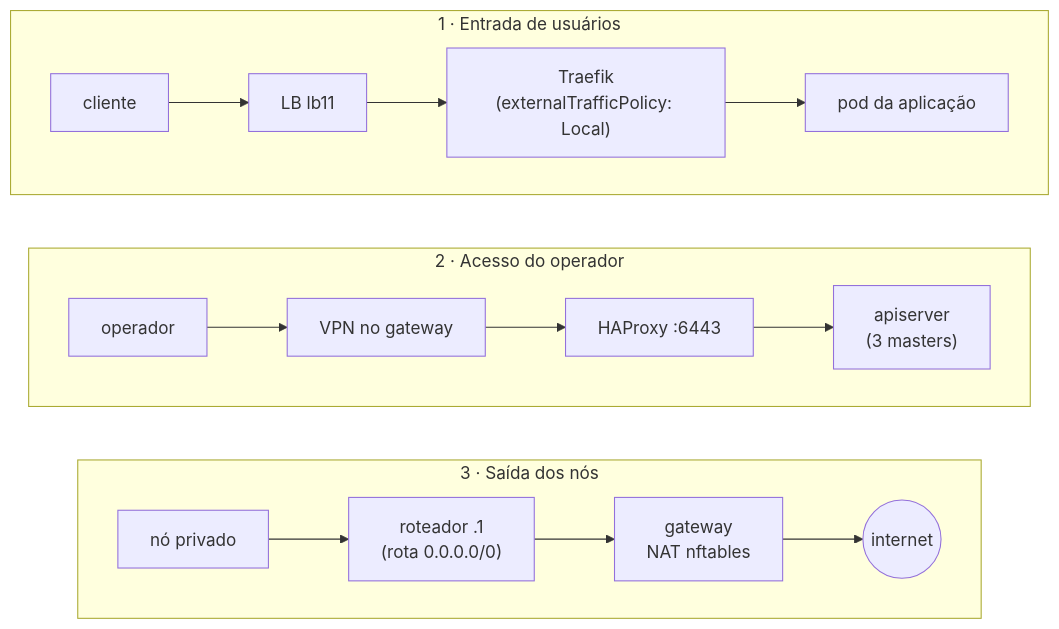
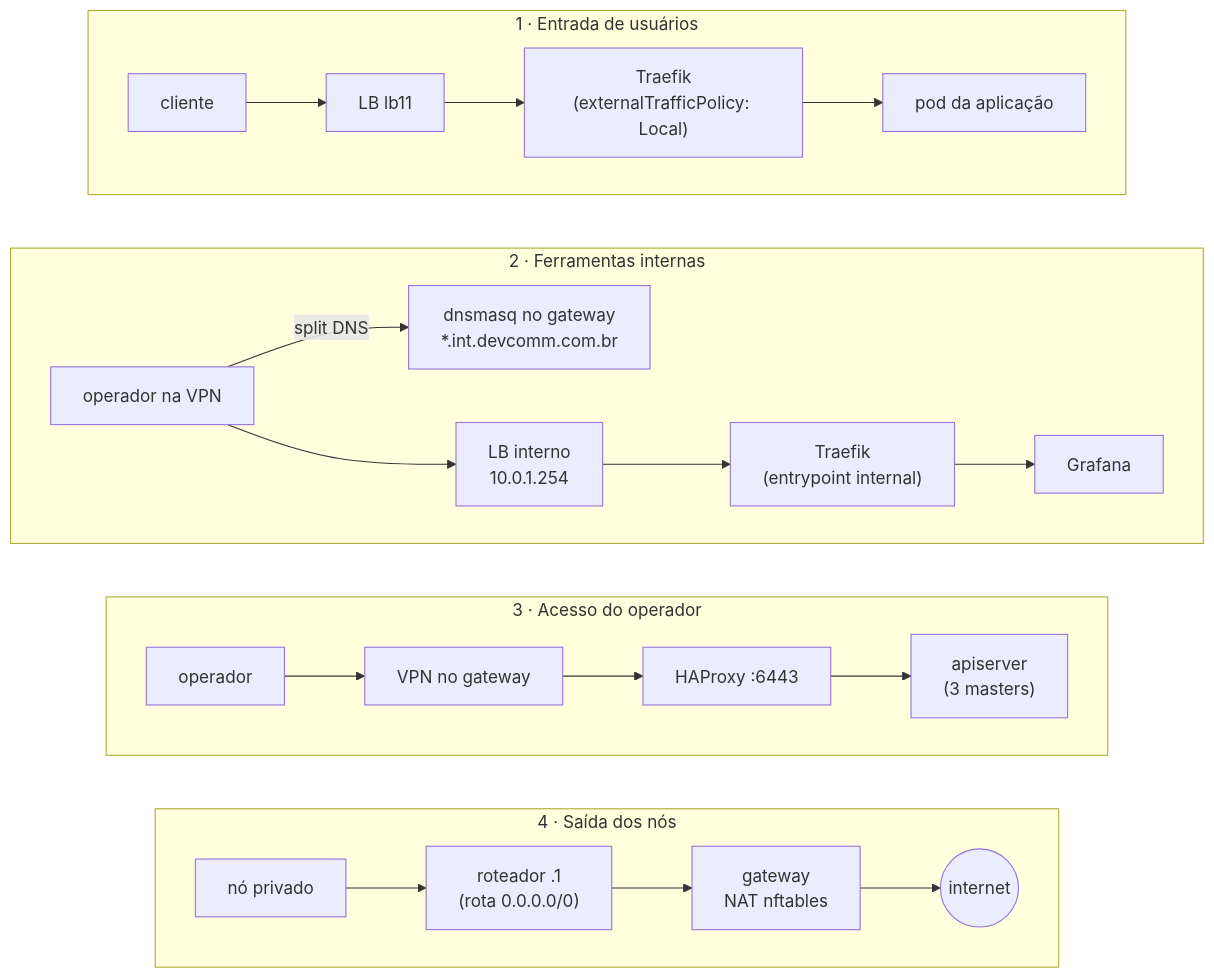
The diagram in blog/diagrams/fluxos.mmd (reginaldosousa/hetzner-rke2-terraform), drawn with Mermaid before and after one commit. The commit also changed 2 other files, not shown here.

Commit message:
docs(blog): internal tools over the VPN, and the new ~US$ 61 total
New section on internal apps (why not an unregistered or .internal
domain, gateway DNS, private LB, wildcard, the Host-header policy), the
second lb11 in the cost table, and the internal LB and flow in the
diagram sources. The PNGs still need re-rendering.

```diff
--- a/blog/diagrams/fluxos.mmd
+++ b/blog/diagrams/fluxos.mmd
@@ -1,14 +1,19 @@
 flowchart LR
     %% O Mermaid empilha os subgrafos de baixo para cima: o último declarado fica no topo.
-    subgraph egress["3 · Saída dos nós"]
+    subgraph egress["4 · Saída dos nós"]
         direction LR
         n["nó privado"] --> rt["roteador .1<br/>(rota 0.0.0.0/0)"] --> nat["gateway<br/>NAT nftables"] --> net(("internet"))
     end
-    subgraph admin["2 · Acesso do operador"]
+    subgraph admin["3 · Acesso do operador"]
         direction LR
         o["operador"] --> vpn["VPN no gateway"] --> hp["HAProxy :6443"] --> api["apiserver<br/>(3 masters)"]
+    end
+    subgraph internal["2 · Ferramentas internas"]
+        direction LR
+        oi["operador na VPN"] -- "split DNS" --> dns["dnsmasq no gateway<br/>*.int.devcomm.com.br"]
+        oi --> lbi["LB interno<br/>10.0.1.254"] --> ti["Traefik<br/>(entrypoint internal)"] --> graf["Grafana"]
     end
     subgraph ingress["1 · Entrada de usuários"]
         direction LR
         u["cliente"] --> lb["LB lb11"] --> t["Traefik<br/>(externalTrafficPolicy: Local)"] --> app["pod da aplicação"]
     end
```
